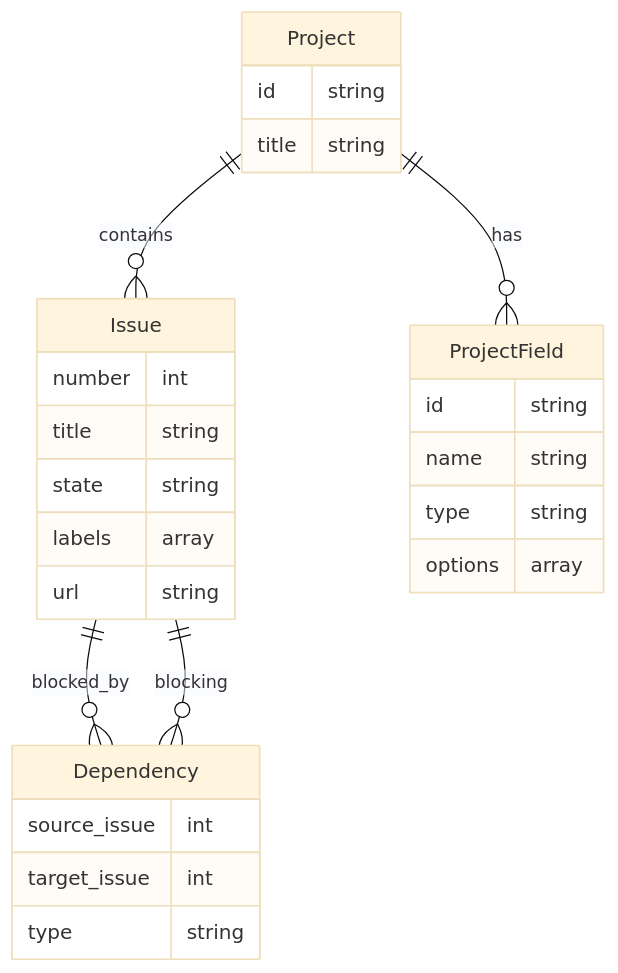
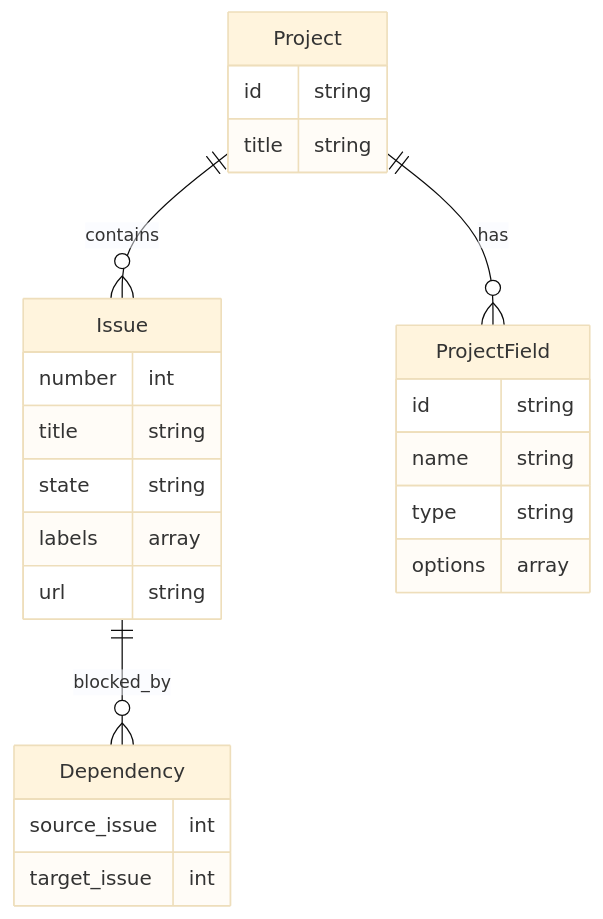
The second of 2 diagrams in .spec-workflow/specs/mvp/design.md (kmtym1998/gh-issue-treefier), drawn with Mermaid (base theme) before and after one commit. The commit also changed other lines of this file and 1 other file, not shown here.

````diff
--- a/.spec-workflow/specs/mvp/design.md
+++ b/.spec-workflow/specs/mvp/design.md
@@ -140,33 +117,31 @@
 ```mermaid
 erDiagram
     Issue ||--o{ Dependency : "blocked_by"
-    Issue ||--o{ Dependency : "blocking"
     Project ||--o{ ProjectField : "has"
     Project ||--o{ Issue : "contains"
 
     Issue {
         number int
         title string
         state string
         labels array
         url string
     }
 
     Dependency {
         source_issue int
         target_issue int
-        type string
     }
 
     Project {
         id string
         title string
     }
 
     ProjectField {
         id string
         name string
         type string
         options array
     }
 ```
````
